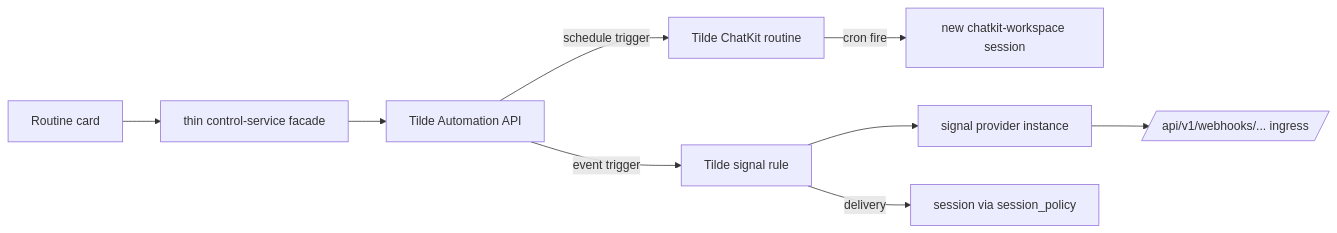
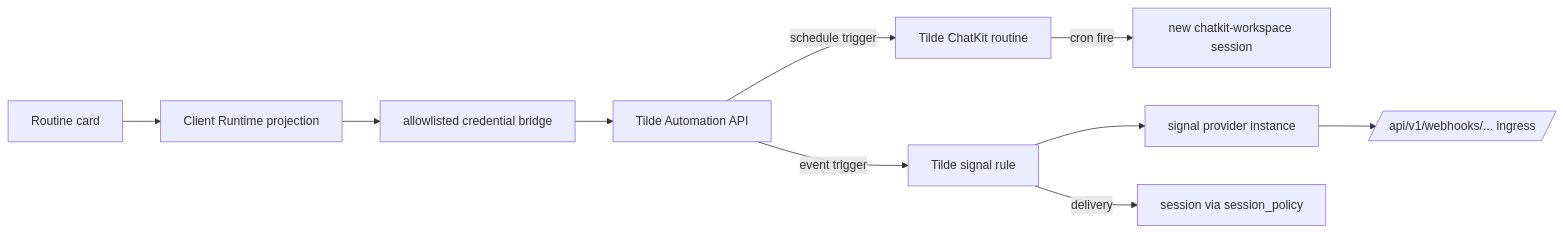
Before and after one commit to trytilde/dispatch: the diagram in docs/adrs/0031-routines-and-signals.md, drawn with Mermaid. The commit also changed other lines of this file and 33 other files, not shown here.

First line of the commit message:
refactor(control): collapse Tilde settings facades

````diff
--- a/docs/adrs/0031-routines-and-signals.md
+++ b/docs/adrs/0031-routines-and-signals.md
@@ -34,11 +34,12 @@
 ```mermaid
 flowchart LR
-    UI[Routine card] --> CS[thin control-service facade]
-    CS --> A[Tilde Automation API]
+    UI[Routine card] --> CR[Client Runtime projection]
+    CR --> B[allowlisted credential bridge]
+    B --> A[Tilde Automation API]
     A -->|schedule trigger| R[Tilde ChatKit routine]
     A -->|event trigger| SR[Tilde signal rule]
     SR --> SPI[signal provider instance]
     SPI --> WH[/api/v1/webhooks/... ingress/]
     R -->|cron fire| S1[new chatkit-workspace session]
     SR -->|delivery| S2[session via session_policy]
 ```
````
